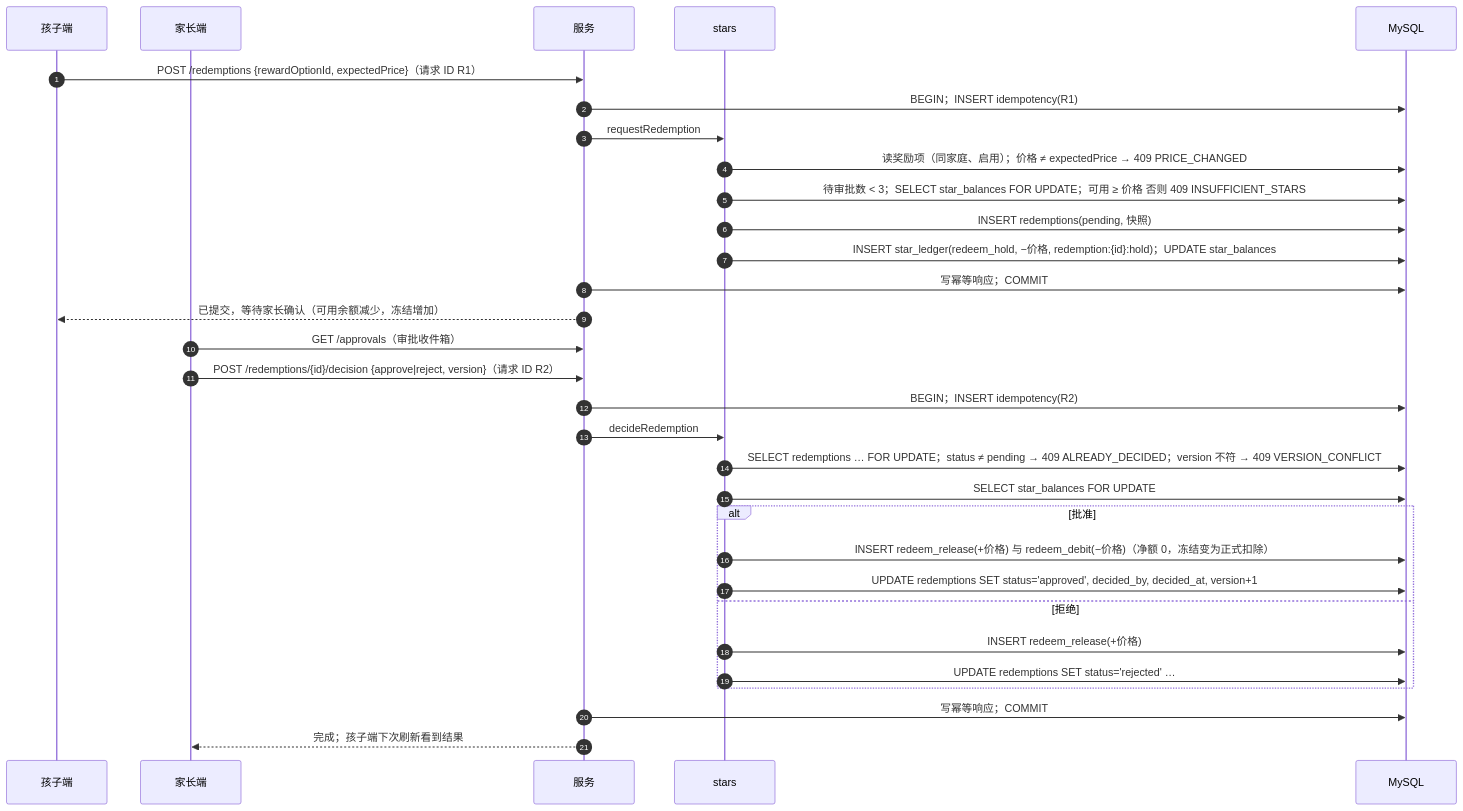
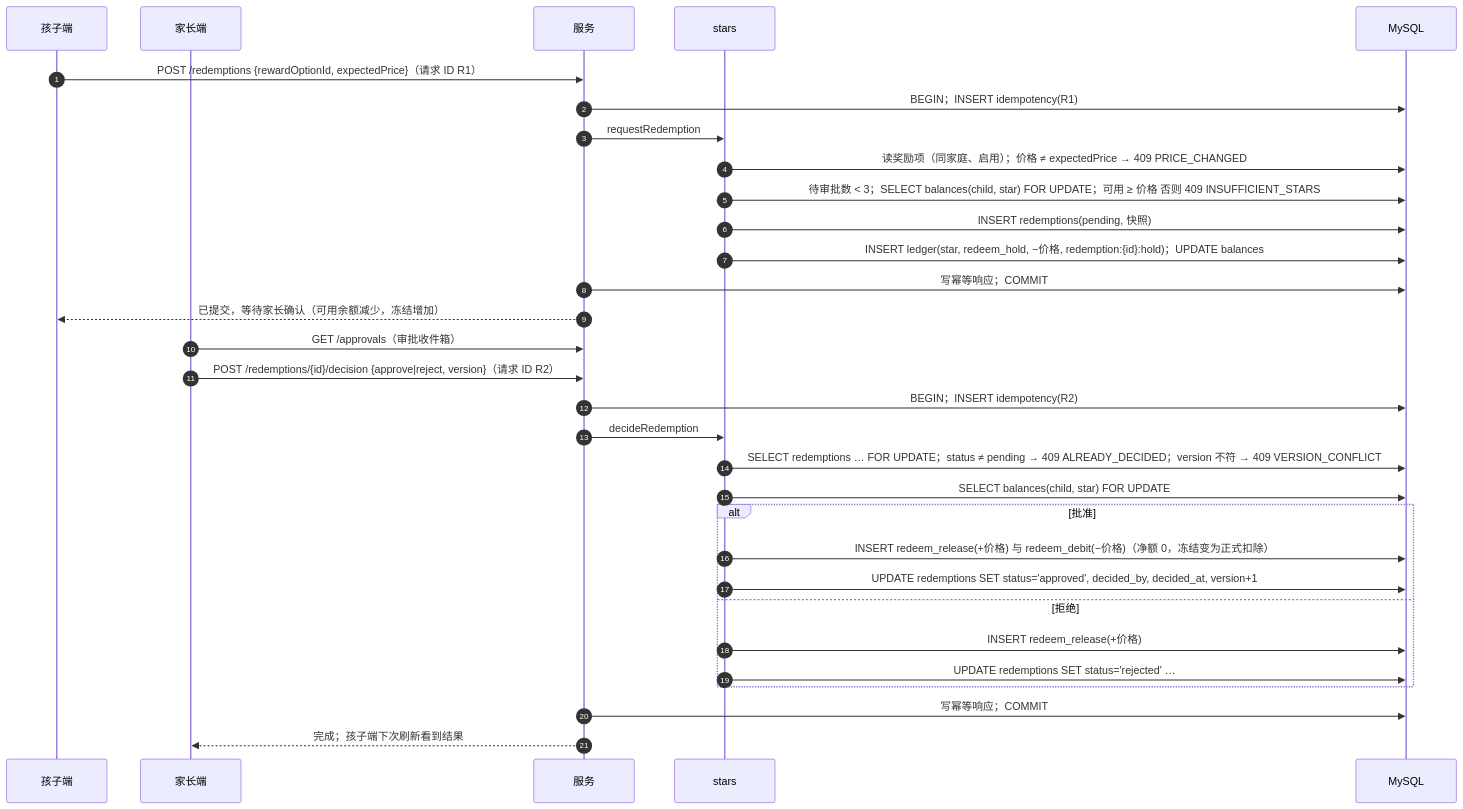
Before and after one commit to leomoon2016/xingya: the diagram in docs/03-design/modules/stars.md, drawn with Mermaid. The commit also changed other lines of this file and 117 other files, not shown here.

````diff
--- a/docs/03-design/modules/stars.md
+++ b/docs/03-design/modules/stars.md
@@ -43,33 +49,33 @@
 ```mermaid
 sequenceDiagram
   autonumber
   participant K as 孩子端
   participant P as 家长端
   participant API as 服务
   participant S as stars
   participant DB as MySQL
   K->>API: POST /redemptions {rewardOptionId, expectedPrice}（请求 ID R1）
   API->>DB: BEGIN；INSERT idempotency(R1)
   API->>S: requestRedemption
   S->>DB: 读奖励项（同家庭、启用）；价格 ≠ expectedPrice → 409 PRICE_CHANGED
-  S->>DB: 待审批数 < 3；SELECT star_balances FOR UPDATE；可用 ≥ 价格 否则 409 INSUFFICIENT_STARS
+  S->>DB: 待审批数 < 3；SELECT balances(child, star) FOR UPDATE；可用 ≥ 价格 否则 409 INSUFFICIENT_STARS
   S->>DB: INSERT redemptions(pending, 快照)
-  S->>DB: INSERT star_ledger(redeem_hold, −价格, redemption:{id}:hold)；UPDATE star_balances
+  S->>DB: INSERT ledger(star, redeem_hold, −价格, redemption:{id}:hold)；UPDATE balances
   API->>DB: 写幂等响应；COMMIT
   API-->>K: 已提交，等待家长确认（可用余额减少，冻结增加）
   P->>API: GET /approvals（审批收件箱）
   P->>API: POST /redemptions/{id}/decision {approve|reject, version}（请求 ID R2）
   API->>DB: BEGIN；INSERT idempotency(R2)
   API->>S: decideRedemption
   S->>DB: SELECT redemptions … FOR UPDATE；status ≠ pending → 409 ALREADY_DECIDED；version 不符 → 409 VERSION_CONFLICT
-  S->>DB: SELECT star_balances FOR UPDATE
+  S->>DB: SELECT balances(child, star) FOR UPDATE
   alt 批准
     S->>DB: INSERT redeem_release(+价格) 与 redeem_debit(−价格)（净额 0，冻结变为正式扣除）
     S->>DB: UPDATE redemptions SET status='approved', decided_by, decided_at, version+1
   else 拒绝
     S->>DB: INSERT redeem_release(+价格)
     S->>DB: UPDATE redemptions SET status='rejected' …
   end
   API->>DB: 写幂等响应；COMMIT
   API-->>P: 完成；孩子端下次刷新看到结果
 ```
````
